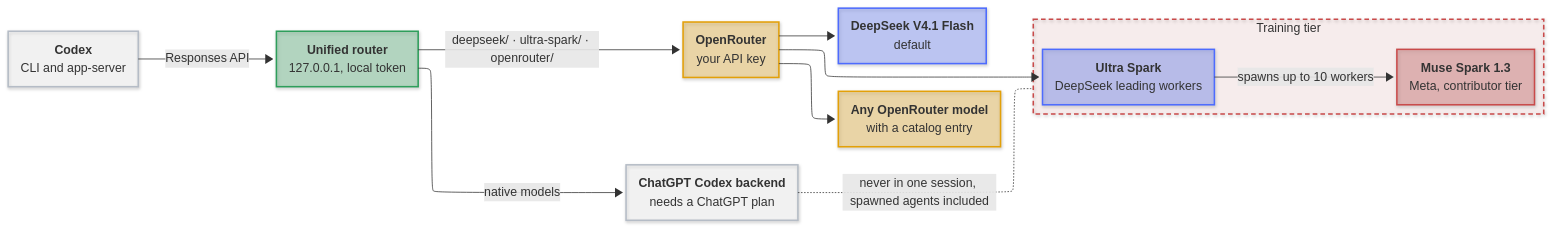
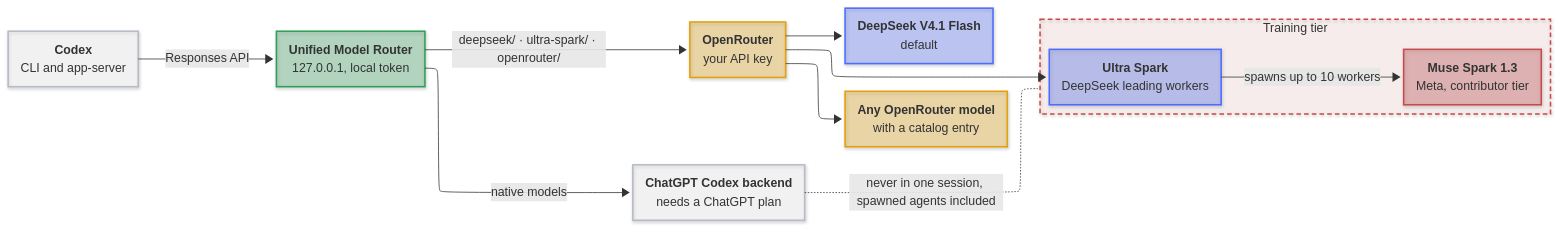
The diagram in README.md (mirzahusadzic/codex-unified-model-router), drawn with Mermaid before and after one commit. The commit also changed other lines of this file and 11 other files, not shown here.

````diff
--- a/README.md
+++ b/README.md
@@ -25,78 +25,78 @@
 ```mermaid
 ---
 config:
     layout: elk
     look: neo
     flowchart:
         wrappingWidth: 400
     themeCSS: >-
         foreignObject { overflow: visible; }
         code { font-family: ui-monospace, SFMono-Regular, "SF Mono", Menlo,
         Consolas, monospace; font-size: 0.9em; line-height: inherit;
         color: inherit !important; text-shadow: none !important;
         padding: 0 4px; border-radius: 4px;
         background: color-mix(in srgb, currentColor 14%, transparent)
         !important; }
         .edgeLabel, .edgeLabel p, .edgeLabel span {
         background: transparent !important; }
         .edgeLabel rect { fill: transparent !important; }
         .labelBkg { --knock: var(--vscode-editor-background,
         var(--bgColor-default, rgb(from currentColor
         clamp(30, (128 - r) * 100, 255) clamp(30, (128 - r) * 100, 255)
         clamp(30, (128 - r) * 100, 255)))); --ring: var(--knock);
         --fill: color-mix(in srgb, var(--ring) 30%, var(--knock));
         background: var(--fill) !important; border-radius: 4px;
         box-shadow: 0 0 0 5px var(--fill), 0 0 0 7px var(--ring); }
         .label[data-id^="L_CX_RT_"] .labelBkg {
         --ring: #2e9e5b; }
         .label[data-id^="L_RT_OR_"] .labelBkg {
         --ring: #e3a008; }
         .label[data-id^="L_RT_OA_"] .labelBkg {
         --ring: #b5bcc6; }
         .label[data-id^="L_US_MU_"] .labelBkg,
         .label[data-id^="L_OA_TT_"] .labelBkg {
         --ring: #c94a4a; }
         .edgeLabel p, .edgeLabel span, .edgeLabel text {
         --halo: var(--fill, var(--vscode-editor-background,
         var(--bgColor-default,
         rgb(from currentColor clamp(0, (128 - r) * 100, 255)
         clamp(0, (128 - r) * 100, 255) clamp(0, (128 - r) * 100, 255)))));
         text-shadow: 1px 0 var(--halo), -1px 0 var(--halo),
         0 1px var(--halo), 0 -1px var(--halo), 1px 1px var(--halo),
         -1px -1px var(--halo), 1px -1px var(--halo), -1px 1px var(--halo),
         0 0 3px var(--halo), 0 0 4px var(--halo); }
 ---
 flowchart LR
     CX["<b>Codex</b><br/>CLI and app-server"]
-    RT["<b>Unified router</b><br/>127.0.0.1, local token"]
+    RT["<b>Unified Model Router</b><br/>127.0.0.1, local token"]
     OR["<b>OpenRouter</b><br/>your API key"]
     OA["<b>ChatGPT Codex backend</b><br/>needs a ChatGPT plan"]
     DS["<b>DeepSeek V4.1 Flash</b><br/>default"]
     AM["<b>Any OpenRouter model</b><br/>with a catalog entry"]
     subgraph TT["Training tier"]
         US["<b>Ultra Spark</b><br/>DeepSeek leading workers"]
         MU["<b>Muse Spark 1.3</b><br/>Meta, contributor tier"]
     end
     CX -->|"Responses API"| RT
     RT -->|"deepseek/ · ultra-spark/ · openrouter/"| OR
     RT -->|"native models"| OA
     OR --> DS
     OR --> AM
     OR --> US
     US -->|"spawns up to 10 workers"| MU
     OA -.-|"never in one session, spawned agents included"| TT
 
     classDef default fill:#8a96a82e,stroke:#8a96a8,stroke-width:1px
     classDef router fill:#2e9e5b4d,stroke:#2e9e5b,stroke-width:2px
     classDef openrouter fill:#e3a0084d,stroke:#e3a008,stroke-width:2px
     classDef deepseek fill:#4d6bfe4d,stroke:#4d6bfe,stroke-width:2px
     classDef openai fill:#ffffff40,stroke:#b5bcc6,stroke-width:2px
     classDef training fill:#c94a4a4d,stroke:#c94a4a,stroke-width:2px
     classDef trainingTier fill:#c94a4a14,stroke:#c94a4a,stroke-width:2px,stroke-dasharray:6 4
     class RT router
     class OR,AM openrouter
     class DS,US deepseek
     class CX,OA openai
     class MU training
     class TT trainingTier
 ```
````
